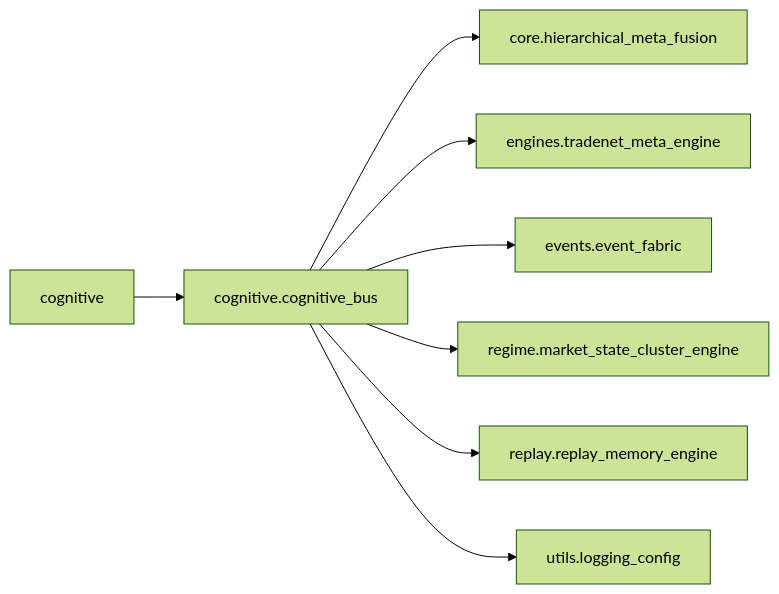
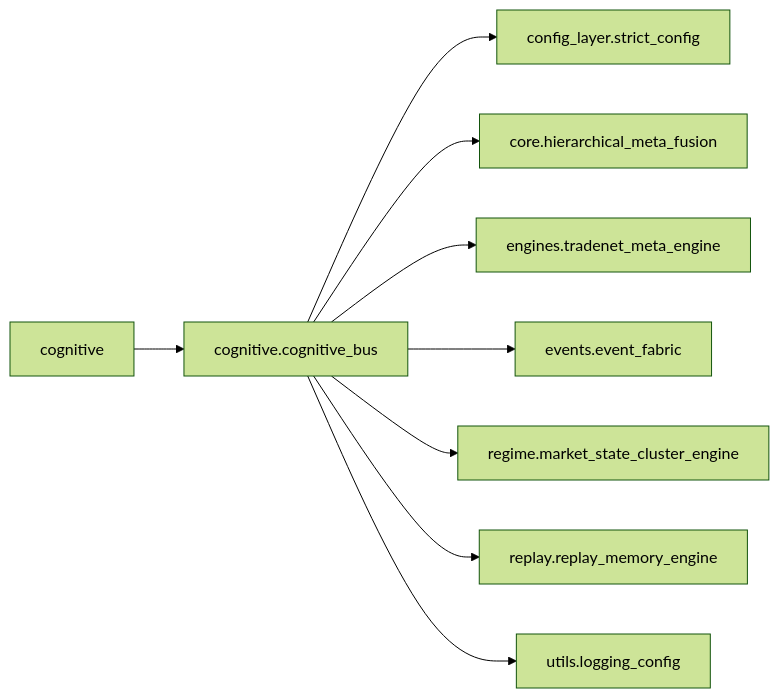
The sixth of 41 diagrams in docs/architecture/code-map.generated.md (Chaithu1995-0312/TradeHlt), drawn with Mermaid (forest theme) before and after one commit. The commit also changed other lines of this file and 6 other files, not shown here.

````diff
--- a/docs/architecture/code-map.generated.md
+++ b/docs/architecture/code-map.generated.md
@@ -487,18 +511,20 @@
 ```mermaid
 flowchart LR
     cognitive["cognitive"]
     cognitive_cognitive_bus["cognitive.cognitive_bus"]
+    config_layer_strict_config["config_layer.strict_config"]
     core_hierarchical_meta_fusion["core.hierarchical_meta_fusion"]
     engines_tradenet_meta_engine["engines.tradenet_meta_engine"]
     events_event_fabric["events.event_fabric"]
     regime_market_state_cluster_engine["regime.market_state_cluster_engine"]
     replay_replay_memory_engine["replay.replay_memory_engine"]
     utils_logging_config["utils.logging_config"]
     cognitive --> cognitive_cognitive_bus
+    cognitive_cognitive_bus --> config_layer_strict_config
     cognitive_cognitive_bus --> core_hierarchical_meta_fusion
     cognitive_cognitive_bus --> engines_tradenet_meta_engine
     cognitive_cognitive_bus --> events_event_fabric
     cognitive_cognitive_bus --> regime_market_state_cluster_engine
     cognitive_cognitive_bus --> replay_replay_memory_engine
     cognitive_cognitive_bus --> utils_logging_config
 ```
````
